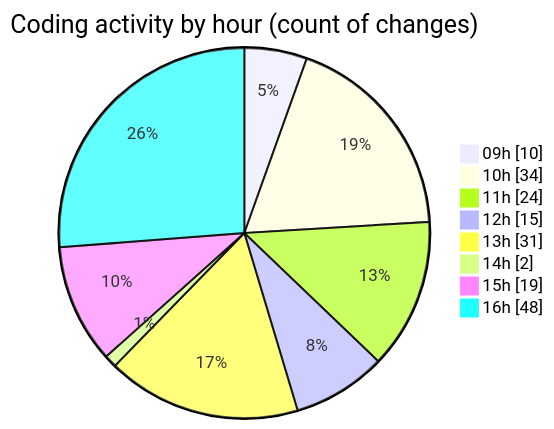
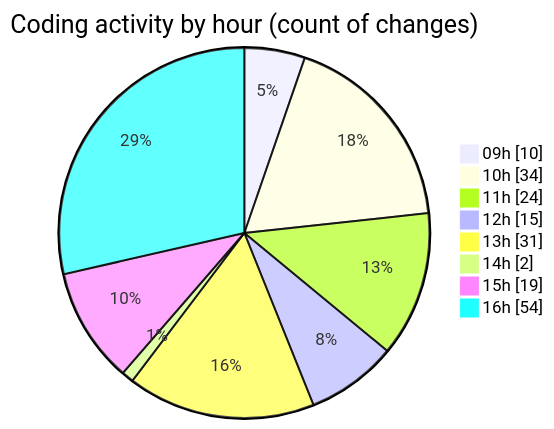
One commit to momahboobian/code-tracking changed the second of 2 diagrams in 2025-09-02/cda/README.md. Above: the diagram before and after it, drawn with Mermaid. The commit also changed other lines of this file and 1 other file, not shown here.

````diff
--- a/2025-09-02/cda/README.md
+++ b/2025-09-02/cda/README.md
@@ -45,12 +45,12 @@
 ```mermaid
 pie showData
 title Coding activity by hour (count of changes)
 "09h" : 10
 "10h" : 34
 "11h" : 24
 "12h" : 15
 "13h" : 31
 "14h" : 2
 "15h" : 19
-"16h" : 48
+"16h" : 54
 ```
````
